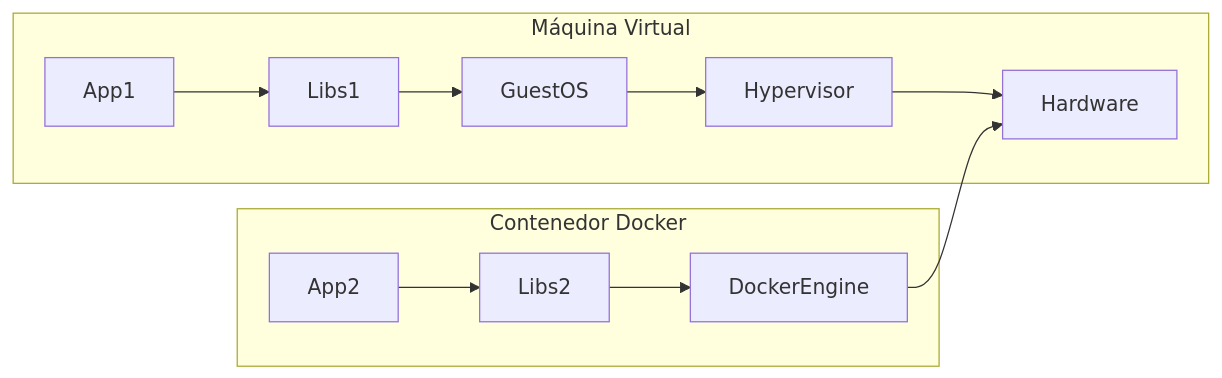
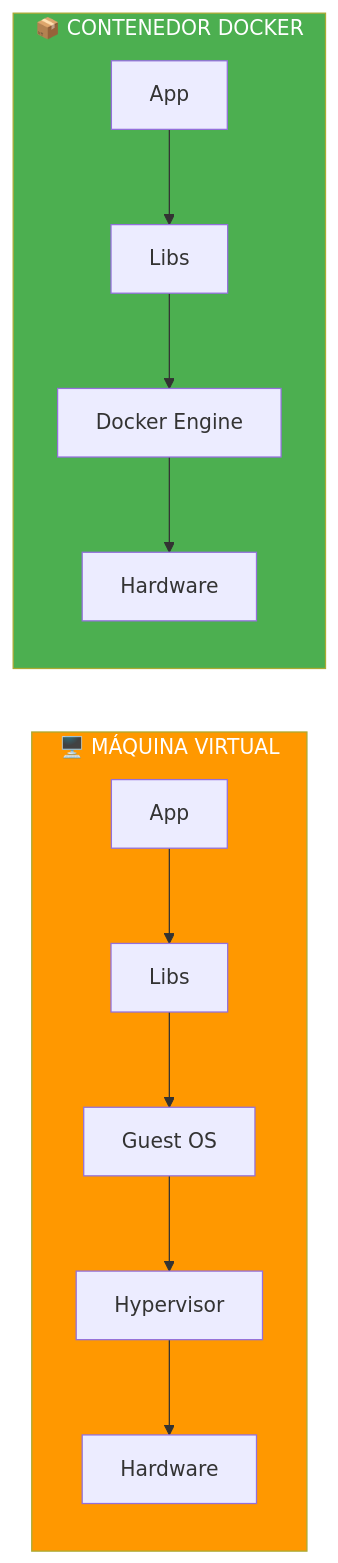
The fourth of 7 diagrams in 09-despliegue.md (joseluisgs/DesarrolloWebEntornosServidor-01-2026-2027), drawn with Mermaid before and after one commit. The commit also changed other lines of this file and 8 other files, not shown here.

````diff
--- a/09-despliegue.md
+++ b/09-despliegue.md
@@ -57,10 +134,13 @@
 ```mermaid
 graph LR
-    subgraph Máquina Virtual
-    App1 --> Libs1 --> GuestOS --> Hypervisor --> Hardware
+    subgraph VM["🖥️ MÁQUINA VIRTUAL"]
+        A1["App"] --> A2["Libs"] --> A3["Guest OS"] --> A4["Hypervisor"] --> A5["Hardware"]
     end
-    
-    subgraph Contenedor Docker
-    App2 --> Libs2 --> DockerEngine --> Hardware
+
+    subgraph DC["📦 CONTENEDOR DOCKER"]
+        B1["App"] --> B2["Libs"] --> B3["Docker Engine"] --> B4["Hardware"]
     end
+
+    style VM fill:#FF9800,color:#fff
+    style DC fill:#4CAF50,color:#fff
 ```
````
